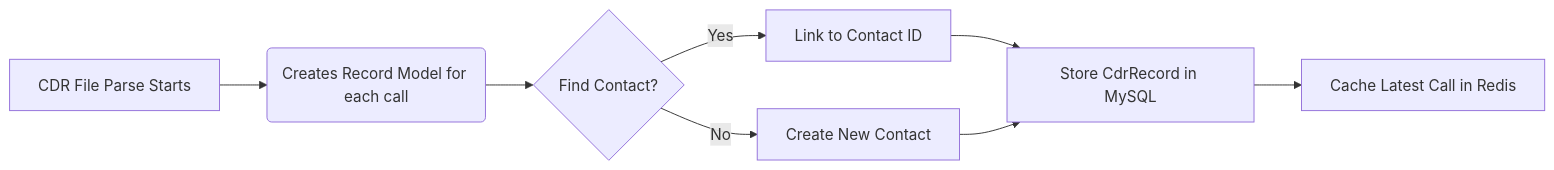
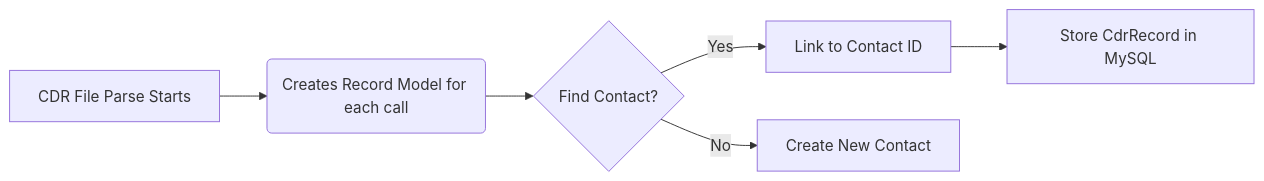
Before and after one commit to greg0rys/PhoneLog: the second of 2 diagrams in README.md, drawn with Mermaid. The commit also changed other lines of this file, not shown here.

````diff
--- a/README.md
+++ b/README.md
@@ -36,10 +34,8 @@
 ```mermaid
 graph LR
     A[CDR File Parse Starts] --> B(Creates Record Model for each call)
     B --> C{Find Contact?}
     C -->|Yes| D[Link to Contact ID]
     C -->|No| E[Create New Contact]
     D --> F[Store CdrRecord in MySQL]
-    E --> F
-    F --> G[Cache Latest Call in Redis]
 ```
````
